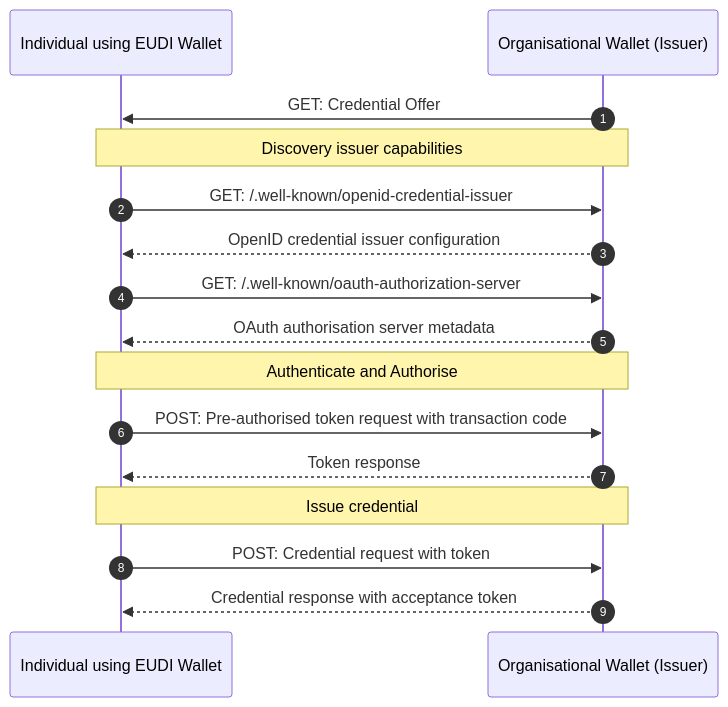
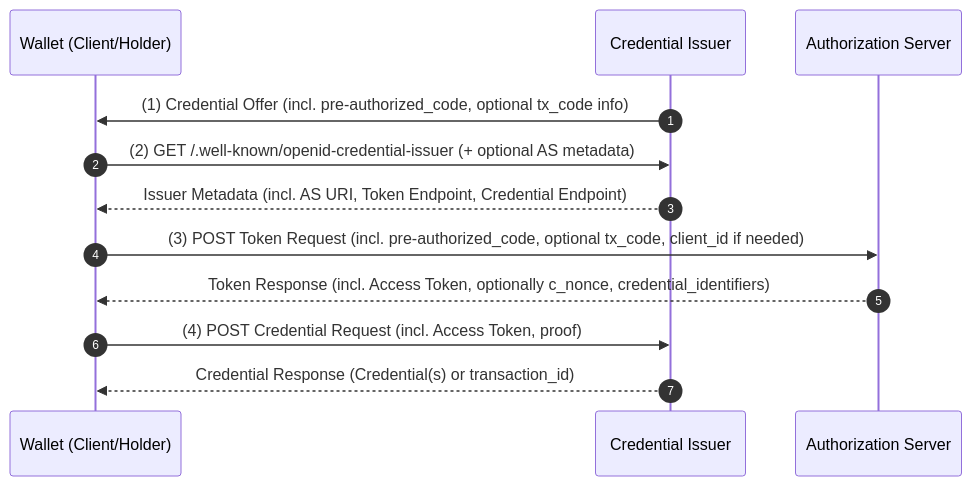
The second of 2 diagrams in ewc-rfc001-issue-verifiable-credential.md (EWC-consortium/eudi-wallet-rfcs), drawn with Mermaid before and after one commit. The commit also changed other lines of this file, not shown here.

````diff
--- a/ewc-rfc001-issue-verifiable-credential.md
+++ b/ewc-rfc001-issue-verifiable-credential.md
@@ -92,22 +159,18 @@
 ```mermaid
 sequenceDiagram
     autonumber
-    participant I as Individual using EUDI Wallet
-    participant O as Organisational Wallet (Issuer)
+    participant W as Wallet (Client/Holder)
+    participant CI as Credential Issuer
+    participant AS as Authorization Server
 
-    O->>I: GET: Credential Offer
-    
-    Note over I,O: Discovery issuer capabilities
-    I->>O: GET: /.well-known/openid-credential-issuer
-    O-->>I: OpenID credential issuer configuration
-    I->>O: GET: /.well-known/oauth-authorization-server
-    O-->>I: OAuth authorisation server metadata
+    CI->>W: (1) Credential Offer (incl. pre-authorized_code, optional tx_code info)
 
-    Note over I,O: Authenticate and Authorise
-    I->>O: POST: Pre-authorised token request with transaction code
-    O-->>I: Token response
+    W->>CI: (2) GET /.well-known/openid-credential-issuer (+ optional AS metadata)
+    CI-->>W: Issuer Metadata (incl. AS URI, Token Endpoint, Credential Endpoint)
 
-    Note over I,O: Issue credential
-    I->>O: POST: Credential request with token
-    O-->>I: Credential response with acceptance token
+    W->>AS: (3) POST Token Request (incl. pre-authorized_code, optional tx_code, client_id if needed)
+    AS-->>W: Token Response (incl. Access Token, optionally c_nonce, credential_identifiers)
+
+    W->>CI: (4) POST Credential Request (incl. Access Token, proof)
+    CI-->>W: Credential Response (Credential(s) or transaction_id)
 ```
````
